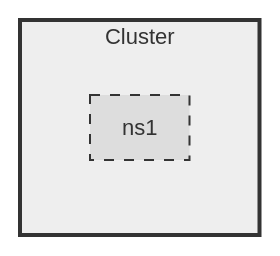
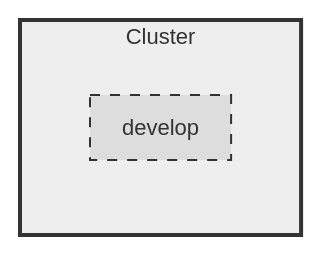
The first of 5 diagrams in demo-script.md (tonitienda/k8s-showcase), drawn with Mermaid (neutral theme) before and after one commit. The commit also changed other lines of this file and 6 other files, not shown here.

````diff
--- a/demo-script.md
+++ b/demo-script.md
@@ -7,19 +7,19 @@
 ```mermaid
 flowchart LR
 
 subgraph Cluster
 
-    subgraph NS1[ns1]
+    subgraph develop[develop]
 
     end
 end
 
 
 classDef Physical fill:#eee,stroke:#333,stroke-width:2px,color:#333,font-size:11px;
 
 classDef Logical fill:#ddd,stroke:#333,stroke-width:1px,color:#333,font-size:11px,stroke-dasharray: 5, 5;
 
 
 class Cluster Physical
-class NS1 Logical
+class develop Logical
 ```
````
